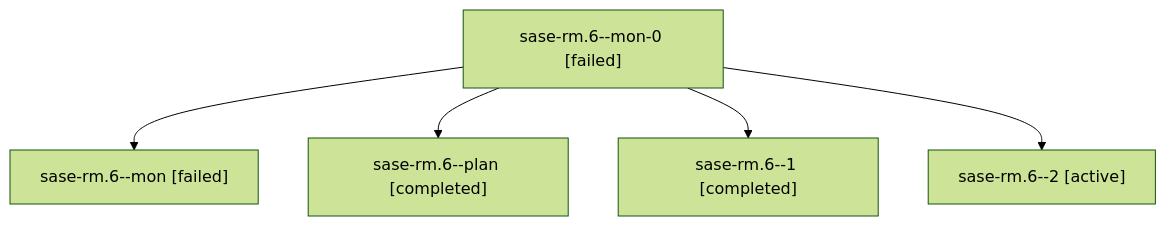
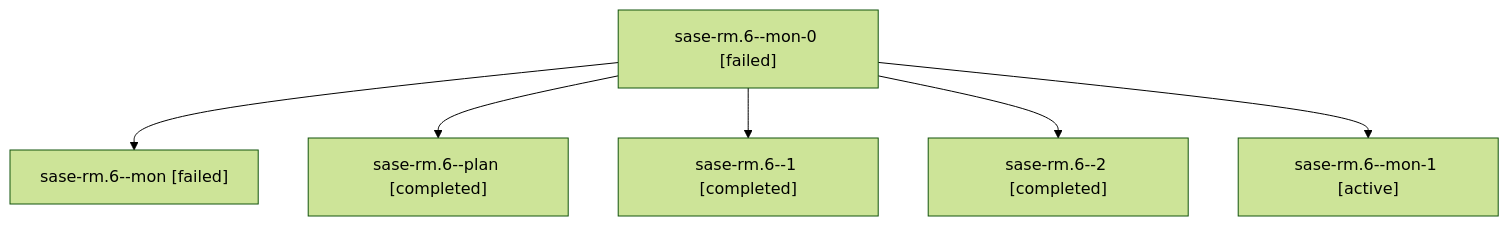
The diagram in families/bbugyi200.athena.sase-rm.6.md (sase-org/sase--agents), drawn with Mermaid (forest theme) before and after one commit. The commit also changed other lines of this file and 37 other files, not shown here.

````diff
--- a/families/bbugyi200.athena.sase-rm.6.md
+++ b/families/bbugyi200.athena.sase-rm.6.md
@@ -9,12 +9,14 @@
 ```mermaid
 flowchart TD
   n0["sase-rm.6--mon-0 [failed]"]
   n1["sase-rm.6--mon [failed]"]
   n0 --> n1
   n2["sase-rm.6--plan [completed]"]
   n0 --> n2
   n3["sase-rm.6--1 [completed]"]
   n0 --> n3
-  n4["sase-rm.6--2 [active]"]
+  n4["sase-rm.6--2 [completed]"]
   n0 --> n4
+  n5["sase-rm.6--mon-1 [active]"]
+  n0 --> n5
 ```
````
